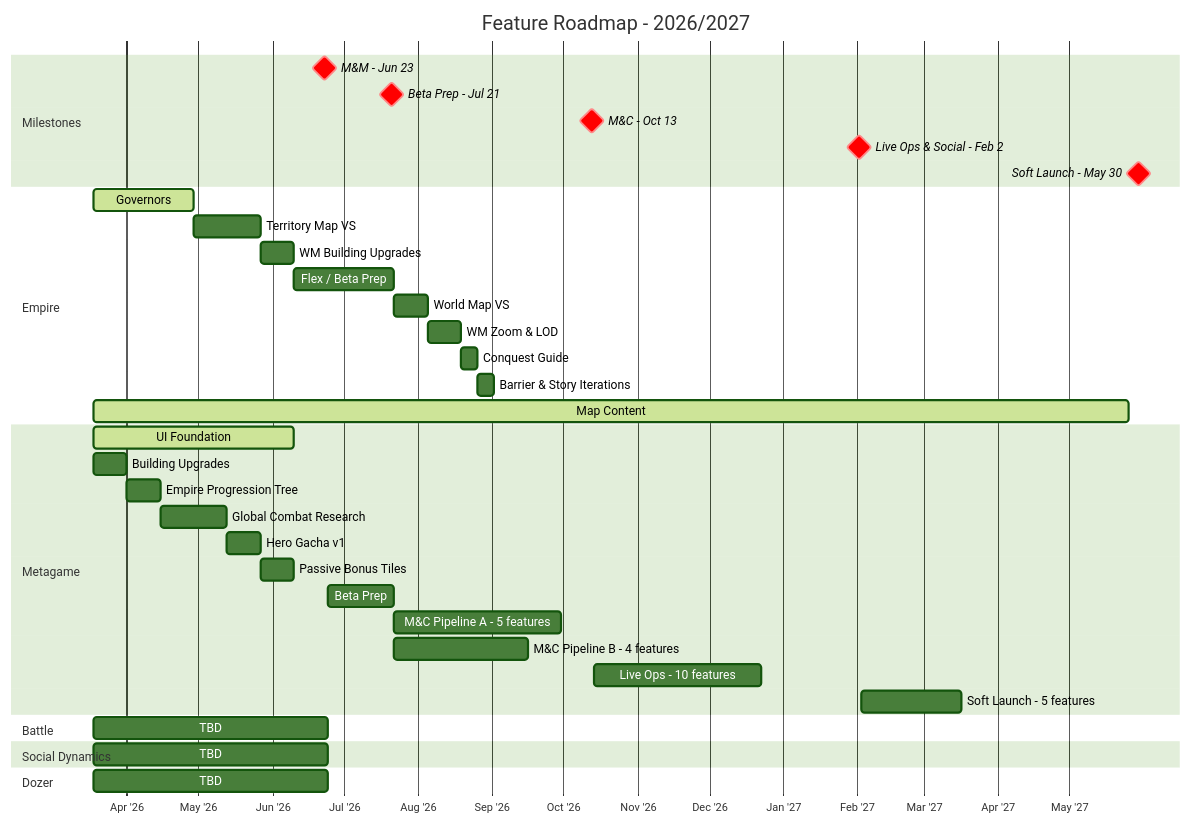
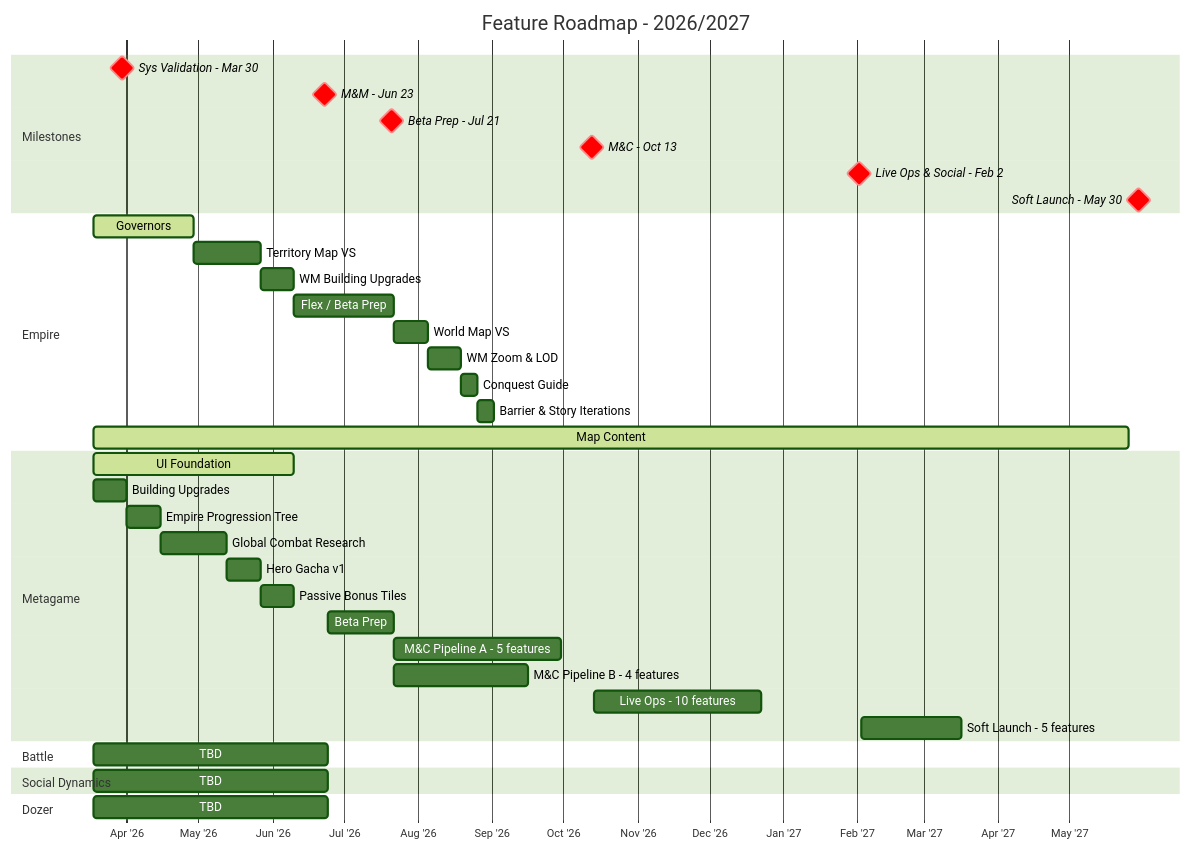
The diagram in generated/roadmap.md (timwilliams-prod/proj-chimera-documentation-brain), drawn with Mermaid (forest theme) before and after one commit. The commit also changed 4 other files, not shown here.

Commit message:
Updated social dynamics and roadmap views

````diff
--- a/generated/roadmap.md
+++ b/generated/roadmap.md
@@ -16,47 +16,48 @@
 ```mermaid
 gantt
     title Feature Roadmap - 2026/2027
     dateFormat YYYY-MM-DD
     axisFormat %b '%y
     tickInterval 1month
 
     section Milestones
+    Sys Validation - Mar 30   :crit, milestone, 2026-03-30, 0d
     M&M - Jun 23              :crit, milestone, 2026-06-23, 0d
     Beta Prep - Jul 21        :crit, milestone, 2026-07-21, 0d
     M&C - Oct 13              :crit, milestone, 2026-10-13, 0d
     Live Ops & Social - Feb 2 :crit, milestone, 2027-02-02, 0d
     Soft Launch - May 30      :crit, milestone, 2027-05-30, 0d
 
     section Empire
     Governors                 :active,  emp1, 2026-03-18, 42d
     Territory Map VS          :         emp2, after emp1, 28d
     WM Building Upgrades      :         emp3, after emp2, 14d
     Flex / Beta Prep          :         emp_bp, after emp3, 42d
     World Map VS              :         emp4, after emp_bp, 14d
     WM Zoom & LOD             :         emp5, after emp4, 14d
     Conquest Guide            :         emp6, after emp5, 7d
     Barrier & Story Iterations:         emp7, after emp6, 7d
     Map Content               :active,  emp_content, 2026-03-18, 434d
 
     section Metagame
     UI Foundation              :active, meta_a, 2026-03-18, 84d
     Building Upgrades          :meta1, 2026-03-18, 14d
     Empire Progression Tree    :meta2, after meta1, 14d
     Global Combat Research     :meta3, after meta2, 28d
     Hero Gacha v1              :meta4, after meta3, 14d
     Passive Bonus Tiles        :meta5, after meta4, 14d
     Beta Prep                  :meta_bp, 2026-06-24, 28d
     M&C Pipeline A - 5 features :meta_mc1, 2026-07-22, 70d
     M&C Pipeline B - 4 features :meta_mc2, 2026-07-22, 56d
     Live Ops - 10 features     :meta_lo, 2026-10-14, 70d
     Soft Launch - 5 features   :meta_sl, 2027-02-03, 42d
 
     section Battle
     TBD                       :         bat1, 2026-03-18, 98d
 
     section Social Dynamics
     TBD                       :         soc1, 2026-03-18, 98d
 
     section Dozer
     TBD                       :         doz1, 2026-03-18, 98d
 ```
````
